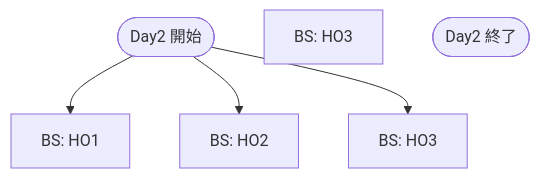
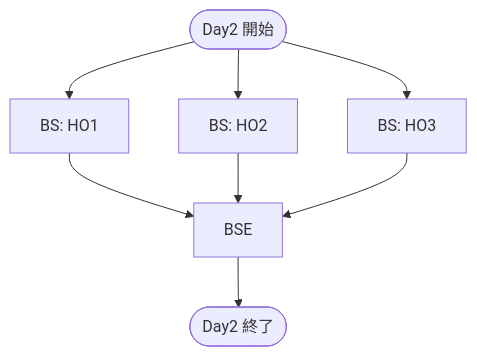
The second of 2 diagrams in specs/routing.md (KarasuTatehi/last-resort-disturbance), drawn with Mermaid before and after one commit. The commit also changed other lines of this file, not shown here.

Commit message:
specs/routing.md updated from https://stackedit.io/

````diff
--- a/specs/routing.md
+++ b/specs/routing.md
@@ -32,10 +34,14 @@
 ```mermaid
 flowchart TD
 D2S([Day2 開始])
 HO1-D2-BS["BS: HO1"]
 HO2-D2-BS["BS: HO2"]
 HO3-D2-BS["BS: HO3"]
-D2-BSE["BS: HO3"]
+D2-BSE["BSE"]
 D2E([Day2 終了])
-D2S --> HO1-D2-BS & HO2-D2-BS & HO3-D2-BS
+
+D2S -->
+HO1-D2-BS & HO2-D2-BS & HO3-D2-BS -->
+D2-BSE -->
+D2E
 ```
````
